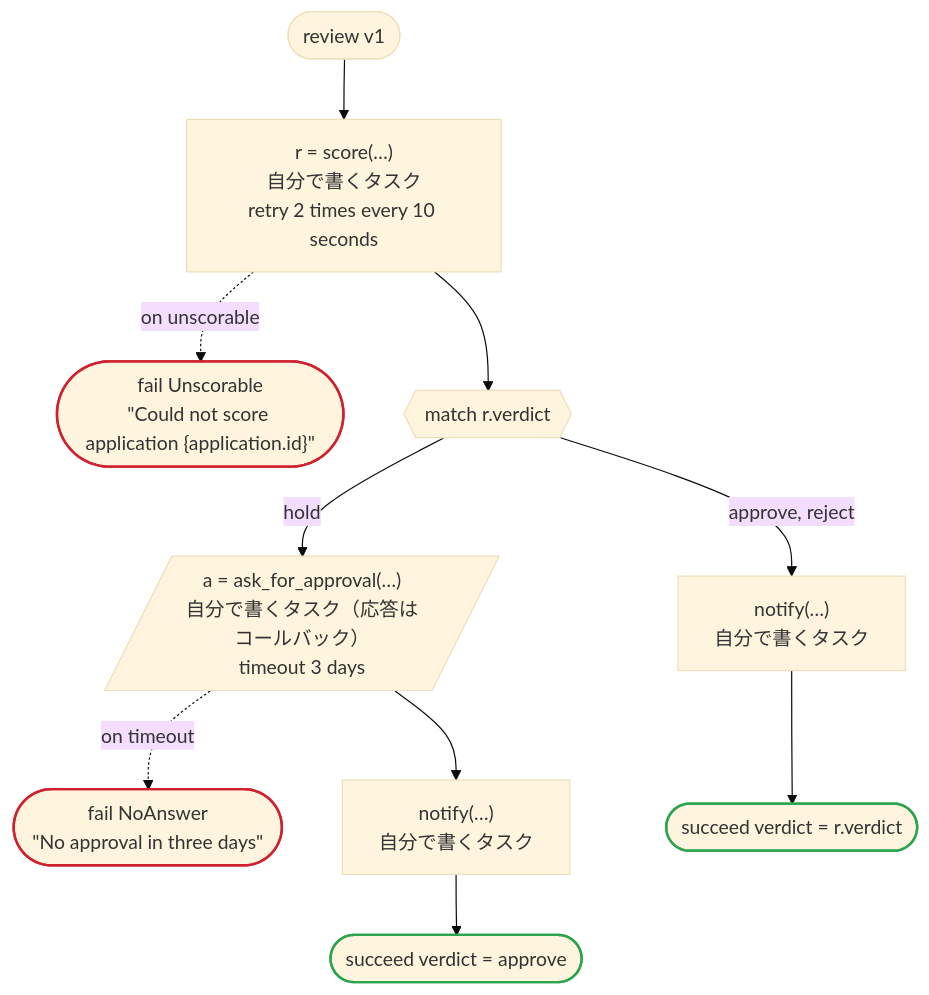
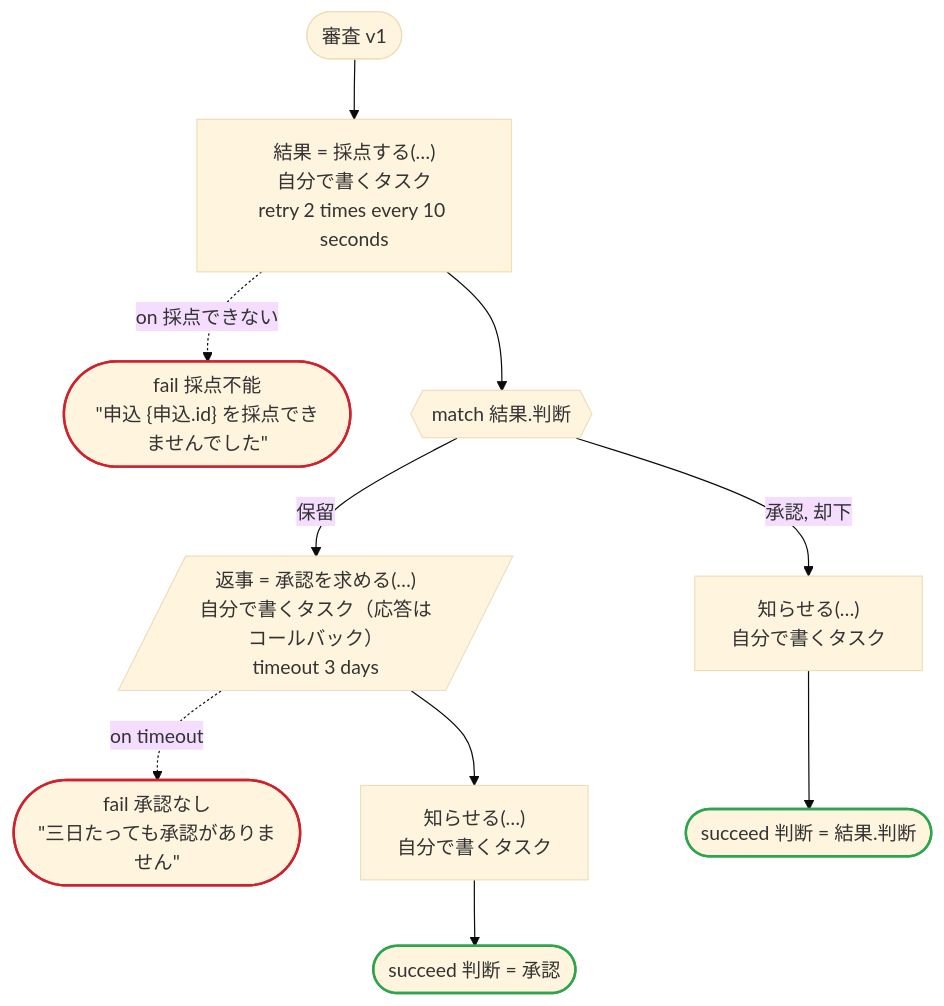
One commit to i2y/ritsu changed the diagram in crates/dandori/website/docs-ja/diagrams.md. Above: the diagram before and after it, drawn with Mermaid (base theme). The commit also changed other lines of this file and 77 other files, not shown here.

````diff
--- a/crates/dandori/website/docs-ja/diagrams.md
+++ b/crates/dandori/website/docs-ja/diagrams.md
@@ -16,26 +16,26 @@
 ```mermaid
 flowchart TD
-    start(["review v1"])
-    s1["r = score(…)<br>自分で書くタスク<br>retry 2 times every 10 seconds"]
-    s2(["fail Unscorable<br>#quot;Could not score application {application.id}#quot;"])
-    s3{{"match r.verdict"}}
-    s5[/"a = ask_for_approval(…)<br>自分で書くタスク（応答はコールバック）<br>timeout 3 days"/]
-    s6(["fail NoAnswer<br>#quot;No approval in three days#quot;"])
-    s7["notify(…)<br>自分で書くタスク"]
-    s8(["succeed verdict = approve"])
-    s9["notify(…)<br>自分で書くタスク"]
-    s10(["succeed verdict = r.verdict"])
+    start(["審査 v1"])
+    s1["結果 = 採点する(…)<br>自分で書くタスク<br>retry 2 times every 10 seconds"]
+    s2(["fail 採点不能<br>#quot;申込 {申込.id} を採点できませんでした#quot;"])
+    s3{{"match 結果.判断"}}
+    s5[/"返事 = 承認を求める(…)<br>自分で書くタスク（応答はコールバック）<br>timeout 3 days"/]
+    s6(["fail 承認なし<br>#quot;三日たっても承認がありません#quot;"])
+    s7["知らせる(…)<br>自分で書くタスク"]
+    s8(["succeed 判断 = 承認"])
+    s9["知らせる(…)<br>自分で書くタスク"]
+    s10(["succeed 判断 = 結果.判断"])
     start --> s1
-    s1 -.->|"on unscorable"| s2
+    s1 -.->|"on 採点できない"| s2
     s1 --> s3
-    s3 -->|"hold"| s5
+    s3 -->|"保留"| s5
     s5 -.->|"on timeout"| s6
     s5 --> s7
     s7 --> s8
-    s3 -->|"approve, reject"| s9
+    s3 -->|"承認, 却下"| s9
     s9 --> s10
     classDef ok stroke:#2da44e,stroke-width:2px
     classDef bad stroke:#cf222e,stroke-width:2px
     class s8,s10 ok
     class s2,s6 bad
 ```
````
